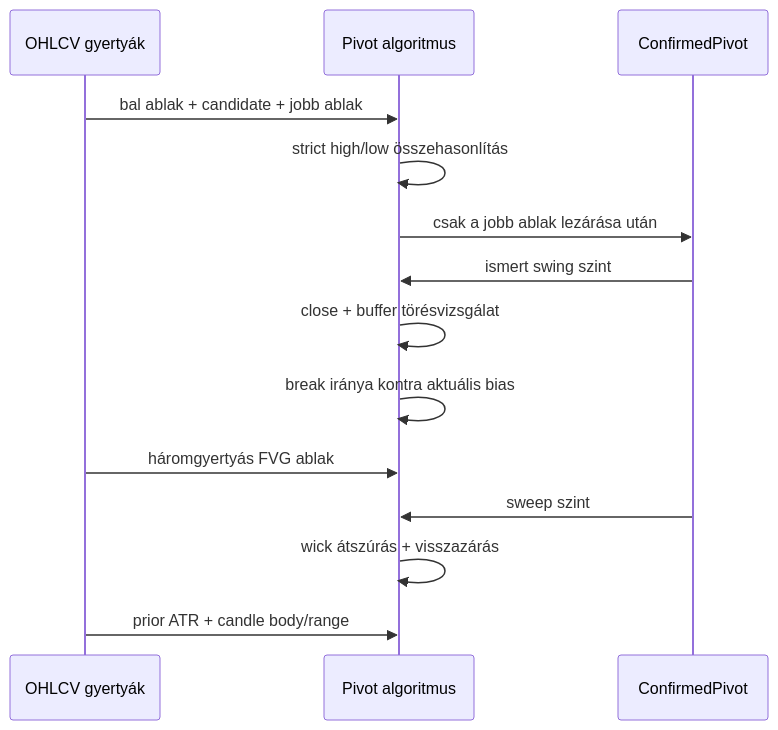
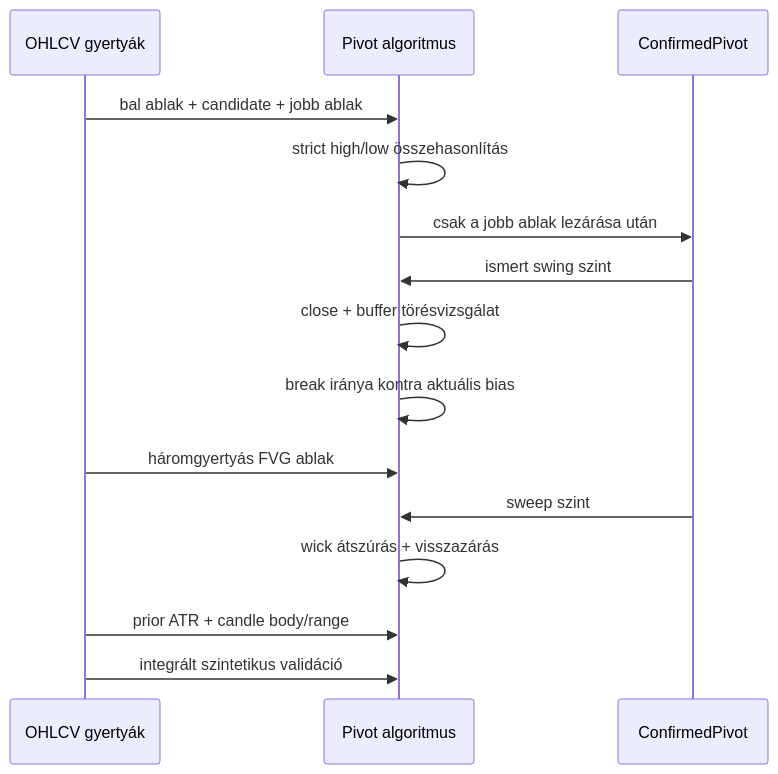
Before and after one commit to varben685/cx2: the diagram in docs/learning/phase-01-domain-model.md, drawn with Mermaid. The commit also changed other lines of this file and 6 other files, not shown here.

````diff
--- a/docs/learning/phase-01-domain-model.md
+++ b/docs/learning/phase-01-domain-model.md
@@ -54,17 +60,18 @@
 ```mermaid
 sequenceDiagram
     participant Data as OHLCV gyertyák
     participant Algo as Pivot algoritmus
     participant Pivot as ConfirmedPivot
 
     Data->>Algo: bal ablak + candidate + jobb ablak
     Algo->>Algo: strict high/low összehasonlítás
     Algo->>Pivot: csak a jobb ablak lezárása után
     Pivot->>Algo: ismert swing szint
     Algo->>Algo: close + buffer törésvizsgálat
     Algo->>Algo: break iránya kontra aktuális bias
     Data->>Algo: háromgyertyás FVG ablak
     Pivot->>Algo: sweep szint
     Algo->>Algo: wick átszúrás + visszazárás
     Data->>Algo: prior ATR + candle body/range
+    Data->>Algo: integrált szintetikus validáció
 ```
````
